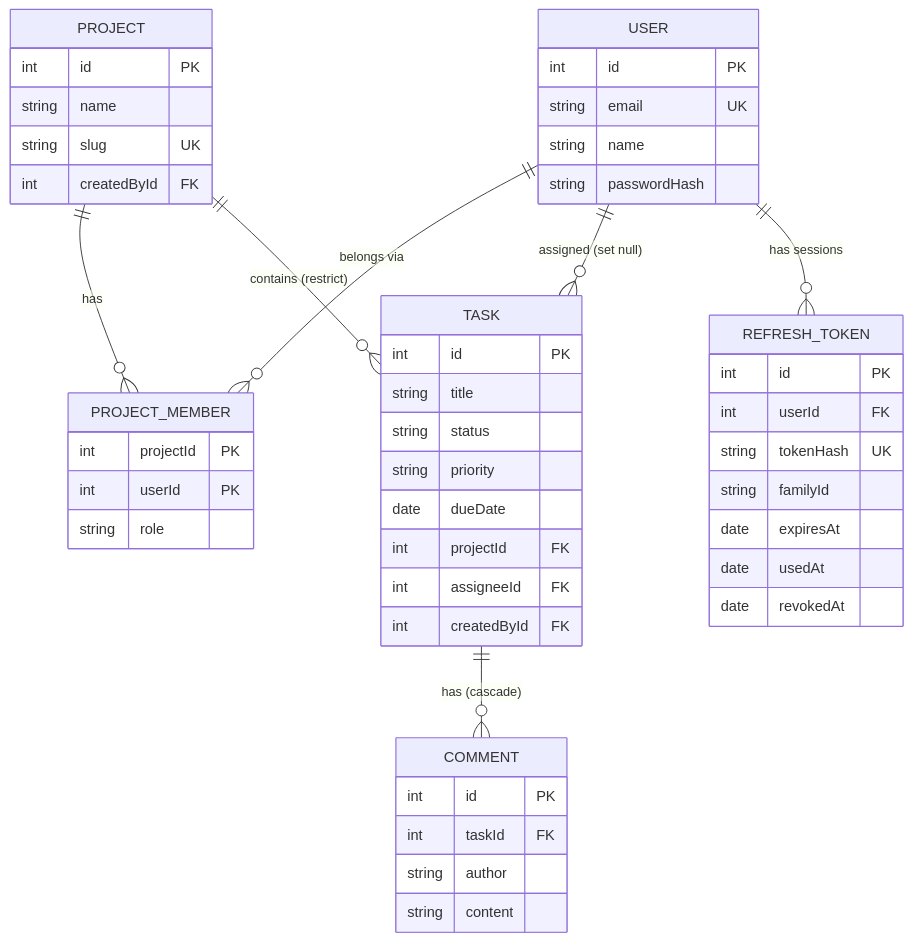
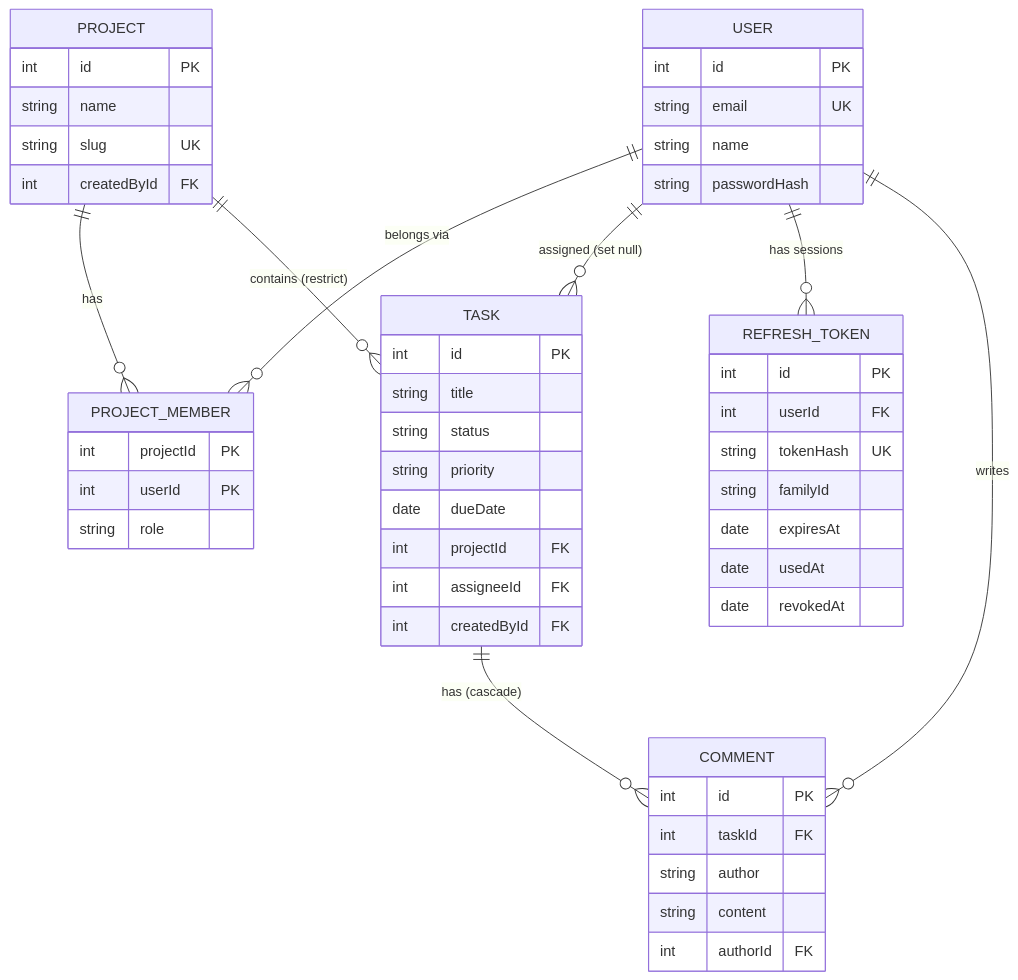
Before and after one commit to YitbarekYonas/taskflow-api: the second of 2 diagrams in README.md, drawn with Mermaid. The commit also changed other lines of this file and 34 other files, not shown here.

````diff
--- a/README.md
+++ b/README.md
@@ -238,40 +261,42 @@
 ```mermaid
 erDiagram
   USER ||--o{ PROJECT_MEMBER : "belongs via"
   PROJECT ||--o{ PROJECT_MEMBER : "has"
   PROJECT ||--o{ TASK : "contains (restrict)"
   USER ||--o{ TASK : "assigned (set null)"
   TASK ||--o{ COMMENT : "has (cascade)"
   USER ||--o{ REFRESH_TOKEN : "has sessions"
+  USER ||--o{ COMMENT : "writes"
 
   USER { int id PK
          string email UK
          string name
          string passwordHash }
   PROJECT { int id PK
             string name
             string slug UK
             int createdById FK }
   PROJECT_MEMBER { int projectId PK
                    int userId PK
                    string role }
   TASK { int id PK
          string title
          string status
          string priority
          date dueDate
          int projectId FK
          int assigneeId FK
          int createdById FK }
   COMMENT { int id PK
             int taskId FK
             string author
-            string content }
+            string content
+            int authorId FK }
   REFRESH_TOKEN { int id PK
                   int userId FK
                   string tokenHash UK
                   string familyId
                   date expiresAt
                   date usedAt
                   date revokedAt }
 ```
````
